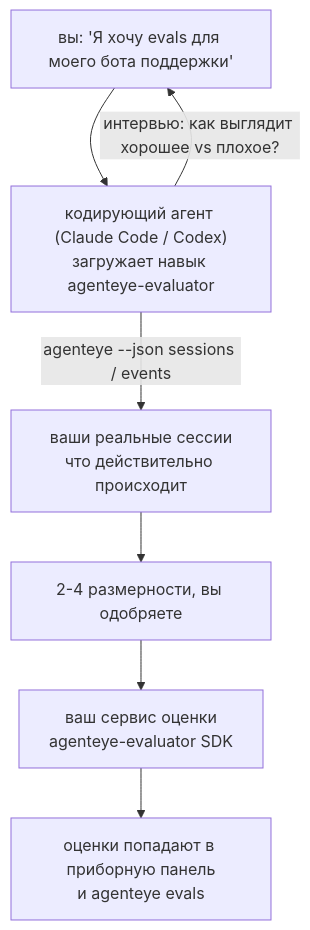
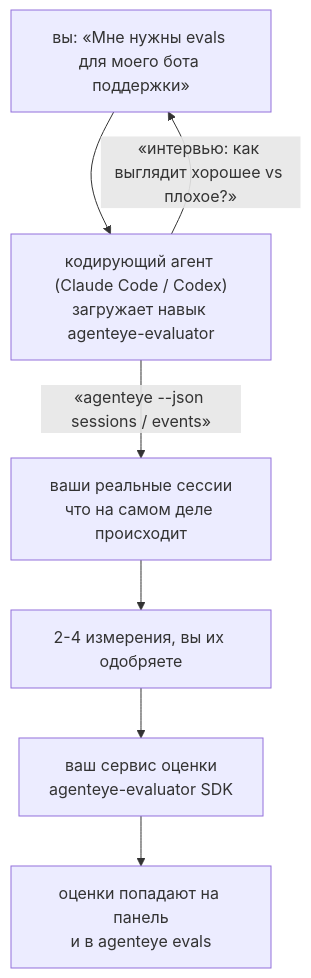
The diagram in docs/ru/agenteye/evaluator-skill.mdx (FailproofAI/failproofai), drawn with Mermaid before and after one commit. The commit also changed other lines of this file and 654 other files, not shown here.

````diff
--- a/docs/ru/agenteye/evaluator-skill.mdx
+++ b/docs/ru/agenteye/evaluator-skill.mdx
@@ -21,9 +21,9 @@
 ```mermaid
 flowchart TD
-    YOU["вы: 'Я хочу evals для моего бота поддержки'"] --> AGENT["кодирующий агент (Claude Code / Codex)<br/>загружает навык agenteye-evaluator"]
-    AGENT -->|"интервью: как выглядит хорошее vs плохое?"| YOU
-    AGENT -->|"agenteye --json sessions / events"| DATA["ваши реальные сессии<br/>что действительно происходит"]
-    DATA --> DIMS["2-4 размерности, вы одобряете"]
+    YOU["вы: «Мне нужны evals для моего бота поддержки»"] --> AGENT["кодирующий агент (Claude Code / Codex)<br/>загружает навык agenteye-evaluator"]
+    AGENT -->|«интервью: как выглядит хорошее vs плохое?»| YOU
+    AGENT -->|«agenteye --json sessions / events»| DATA["ваши реальные сессии<br/>что на самом деле происходит"]
+    DATA --> DIMS["2-4 измерения, вы их одобряете"]
     DIMS --> SVC["ваш сервис оценки<br/>agenteye-evaluator SDK"]
-    SVC --> SCORES["оценки попадают в приборную панель<br/>и agenteye evals"]
+    SVC --> SCORES["оценки попадают на панель<br/>и в agenteye evals"]
 ```
````
